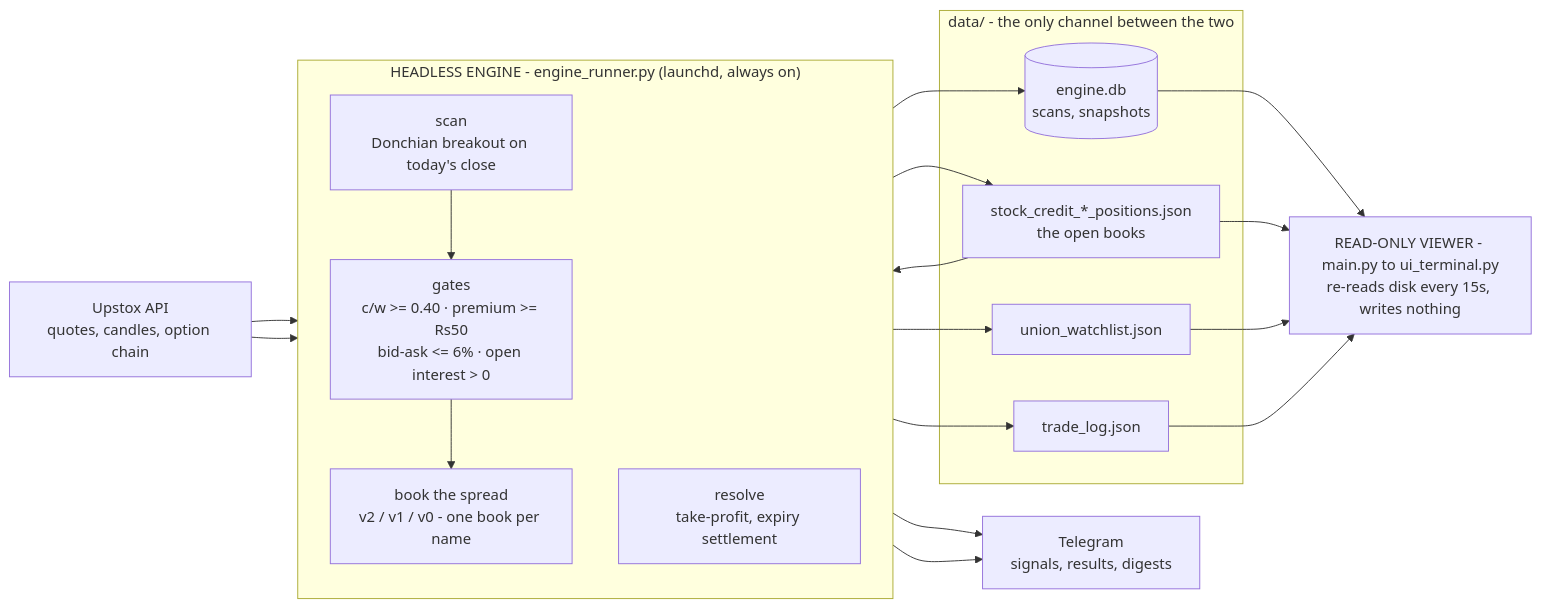
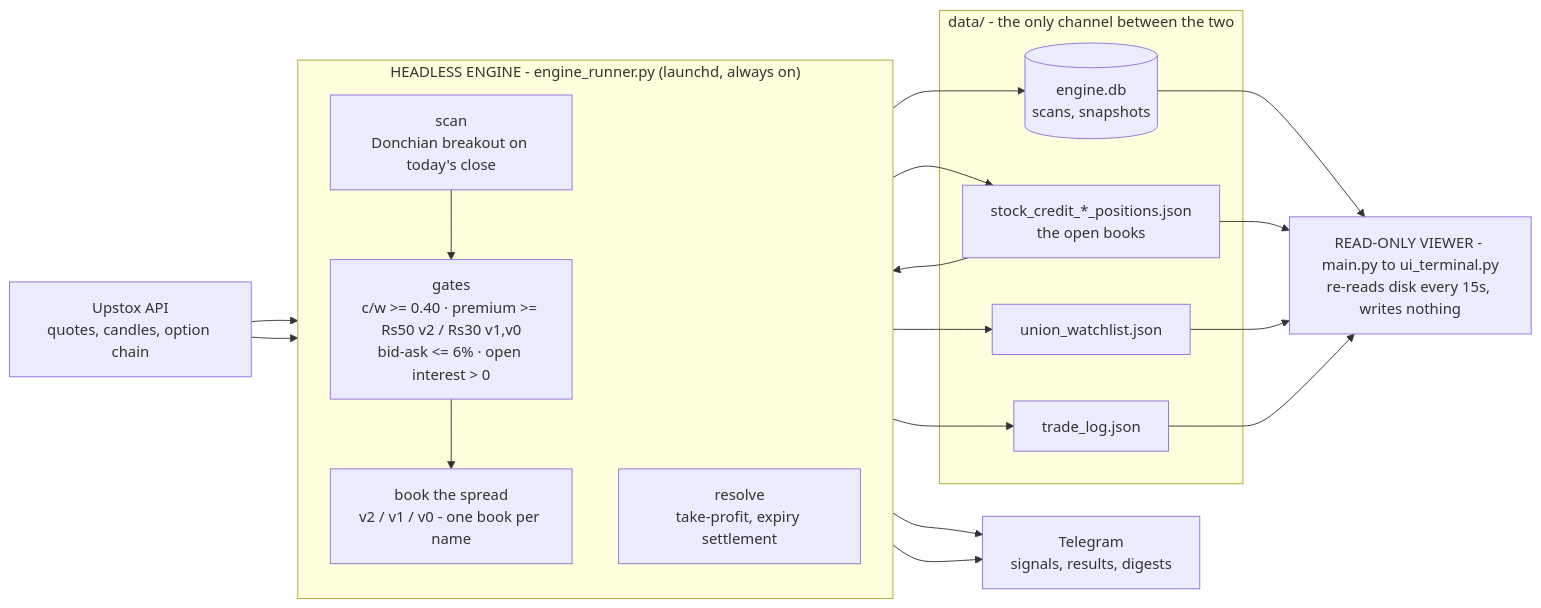
Before and after one commit to tejasgjadhav/Institutional-Trader: the first of 2 diagrams in README.md, drawn with Mermaid. The commit also changed other lines of this file and 7 other files, not shown here.

````diff
--- a/README.md
+++ b/README.md
@@ -266,37 +266,37 @@
 ```mermaid
 flowchart LR
     UP["Upstox API<br/>quotes, candles, option chain"]
     TG["Telegram<br/>signals, results, digests"]
 
     subgraph ENGINE["HEADLESS ENGINE - engine_runner.py (launchd, always on)"]
         direction TB
         SCAN["scan<br/>Donchian breakout on today's close"]
-        GATE["gates<br/>c/w >= 0.40 · premium >= Rs50<br/>bid-ask <= 6% · open interest > 0"]
+        GATE["gates<br/>c/w >= 0.40 · premium >= Rs50 v2 / Rs30 v1,v0<br/>bid-ask <= 6% · open interest > 0"]
         BOOK["book the spread<br/>v2 / v1 / v0 - one book per name"]
         RES["resolve<br/>take-profit, expiry settlement"]
         SCAN --> GATE --> BOOK
     end
 
     subgraph DISK["data/ - the only channel between the two"]
         DB[("engine.db<br/>scans, snapshots")]
         POS["stock_credit_*_positions.json<br/>the open books"]
         WL["union_watchlist.json"]
         TL["trade_log.json"]
     end
 
     VIEW["READ-ONLY VIEWER - main.py to ui_terminal.py<br/>re-reads disk every 15s, writes nothing"]
 
     UP --> SCAN
     UP --> RES
     BOOK --> POS
     POS --> RES
     BOOK --> TG
     RES --> TG
     SCAN --> DB
     SCAN --> WL
     RES --> TL
     DB --> VIEW
     POS --> VIEW
     WL --> VIEW
     TL --> VIEW
 ```
````
